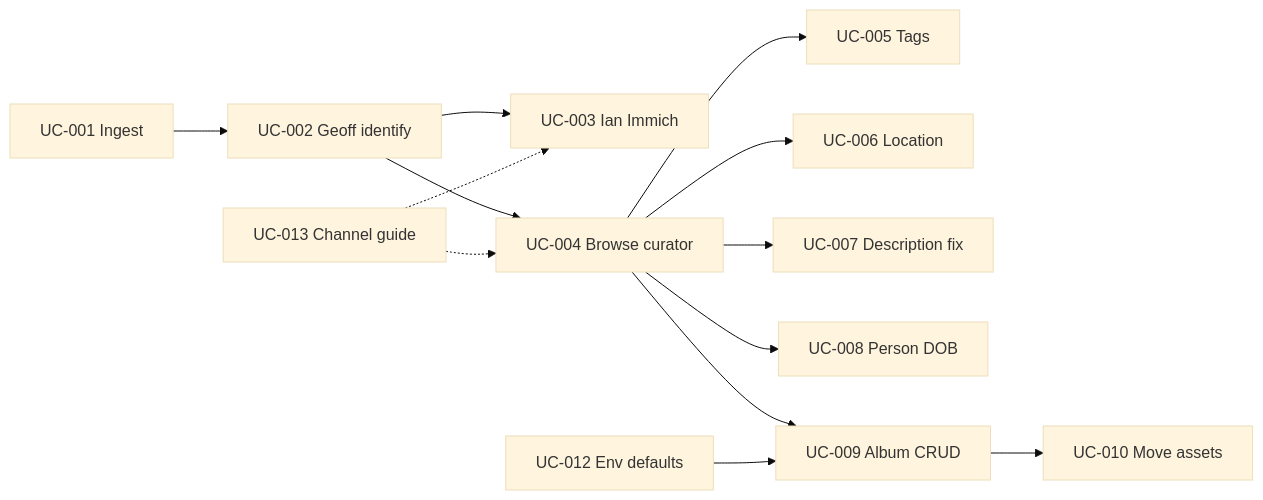
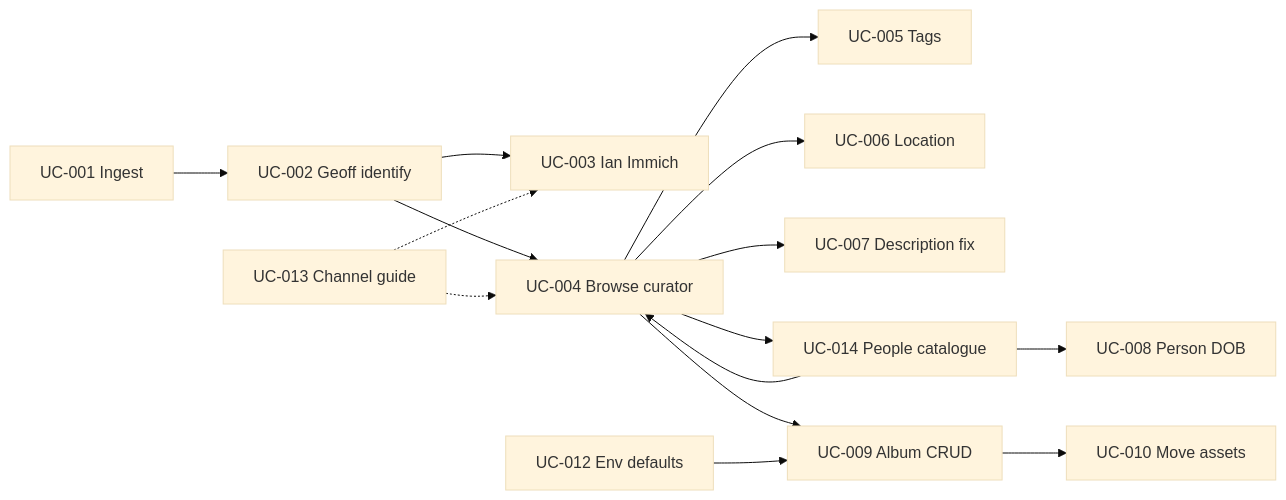
The diagram in docs/use-cases/README.md (ibamsey/immich-curator), drawn with Mermaid (base theme) before and after one commit. The commit also changed other lines of this file and 38 other files, not shown here.

````diff
--- a/docs/use-cases/README.md
+++ b/docs/use-cases/README.md
@@ -52,15 +53,17 @@
 ```mermaid
 flowchart LR
   UC001[UC-001 Ingest] --> UC002[UC-002 Geoff identify]
   UC002 --> UC003[UC-003 Ian Immich]
   UC002 --> UC004[UC-004 Browse curator]
   UC004 --> UC005[UC-005 Tags]
   UC004 --> UC006[UC-006 Location]
   UC004 --> UC007[UC-007 Description fix]
-  UC004 --> UC008[UC-008 Person DOB]
+  UC004 --> UC014[UC-014 People catalogue]
+  UC014 --> UC008[UC-008 Person DOB]
+  UC014 --> UC004
   UC004 --> UC009[UC-009 Album CRUD]
   UC009 --> UC010[UC-010 Move assets]
   UC012[UC-012 Env defaults] --> UC009
   UC013[UC-013 Channel guide] -.-> UC003
   UC013 -.-> UC004
 ```
````
